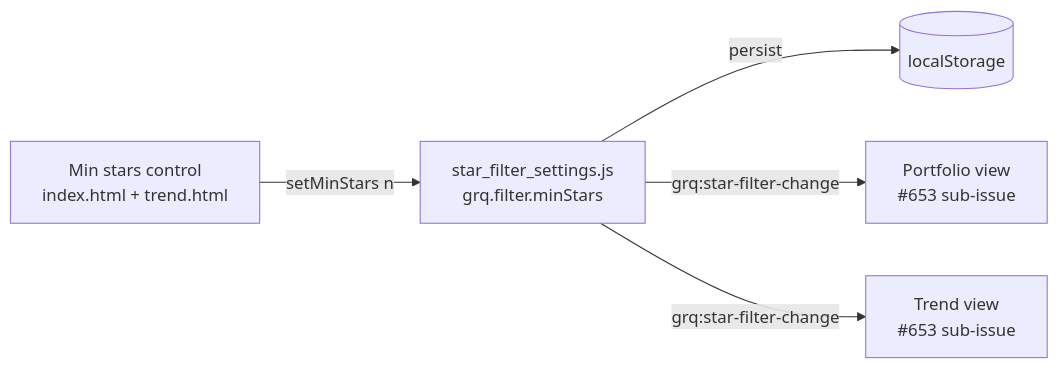
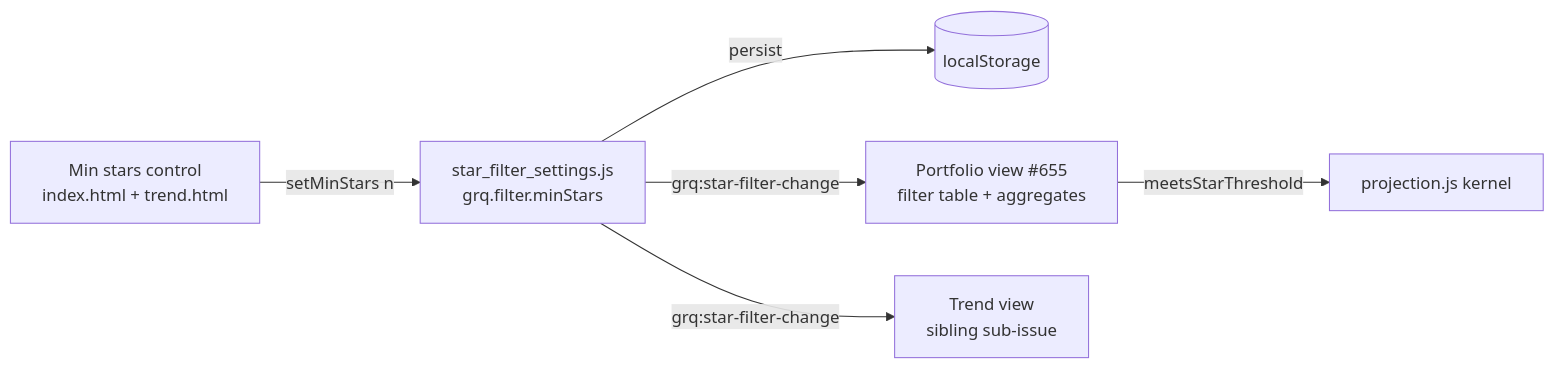
The fifth of 8 diagrams in README.md (stSoftwareAU/GRQ-validation), drawn with Mermaid before and after one commit. The commit also changed other lines of this file and 7 other files, not shown here.

First line of the commit message:
Apply min-star filter to portfolio table and aggregates (Issue #655)

````diff
--- a/README.md
+++ b/README.md
@@ -465,7 +476,8 @@
 ```mermaid
 flowchart LR
     A[Min stars control<br/>index.html + trend.html] -->|setMinStars n| B[star_filter_settings.js<br/>grq.filter.minStars]
     B -->|persist| C[(localStorage)]
-    B -->|grq:star-filter-change| D[Portfolio view<br/>#653 sub-issue]
-    B -->|grq:star-filter-change| E[Trend view<br/>#653 sub-issue]
+    B -->|grq:star-filter-change| D[Portfolio view #655<br/>filter table + aggregates]
+    B -->|grq:star-filter-change| E[Trend view<br/>sibling sub-issue]
+    D -->|meetsStarThreshold| F[projection.js kernel]
 ```
````
